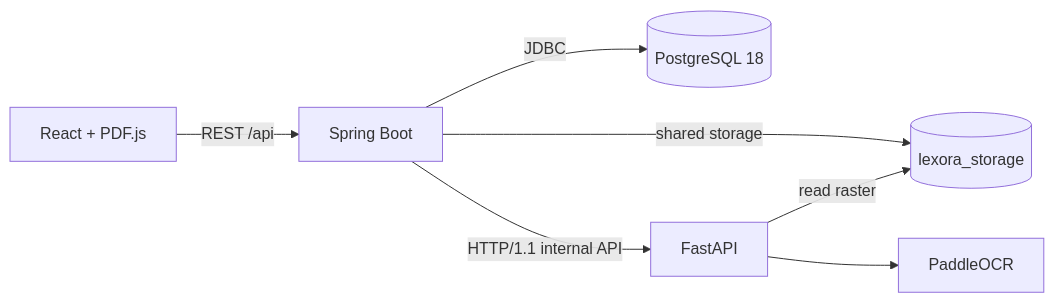
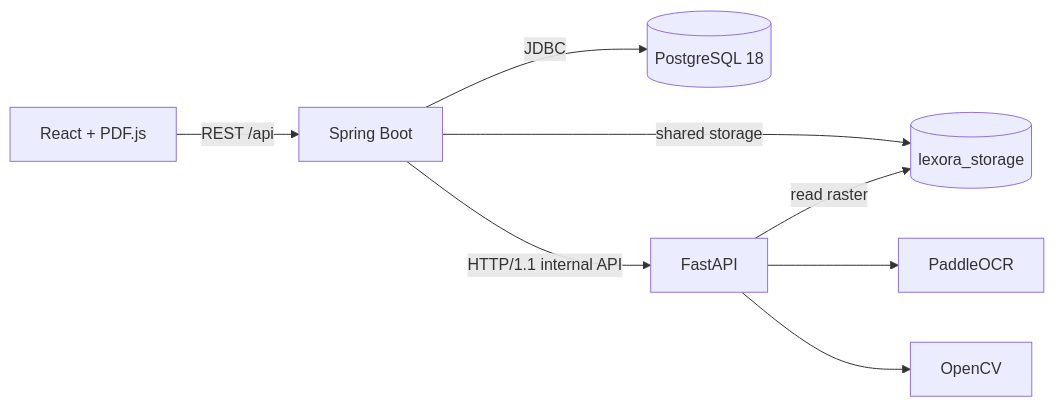
One commit to darroyo083/Lexora changed the diagram in docs/architecture.md. Above: the diagram before and after it, drawn with Mermaid. The commit also changed other lines of this file and 9 other files, not shown here.

````diff
--- a/docs/architecture.md
+++ b/docs/architecture.md
@@ -7,9 +7,10 @@
 ```mermaid
 flowchart LR
     Browser[React + PDF.js] -->|REST /api| Backend[Spring Boot]
     Backend -->|JDBC| Postgres[(PostgreSQL 18)]
     Backend -->|shared storage| Storage[(lexora_storage)]
     Backend -->|HTTP/1.1 internal API| AI[FastAPI]
     AI -->|read raster| Storage
     AI --> Paddle[PaddleOCR]
+    AI --> OpenCV[OpenCV]
 ```
````
